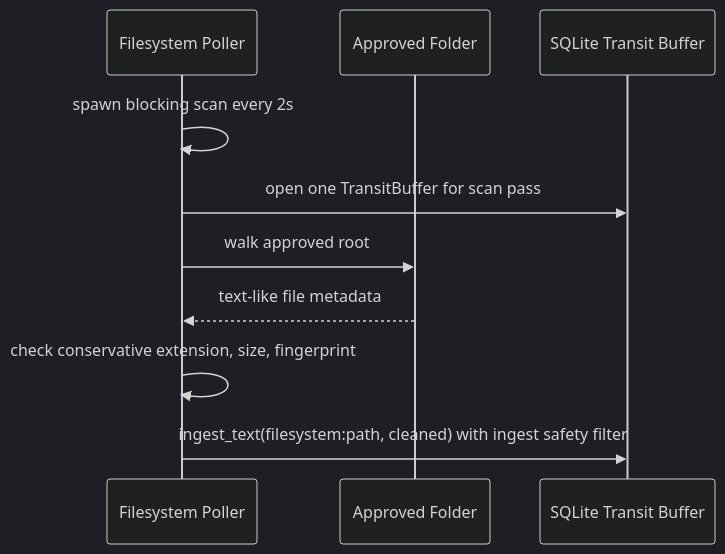
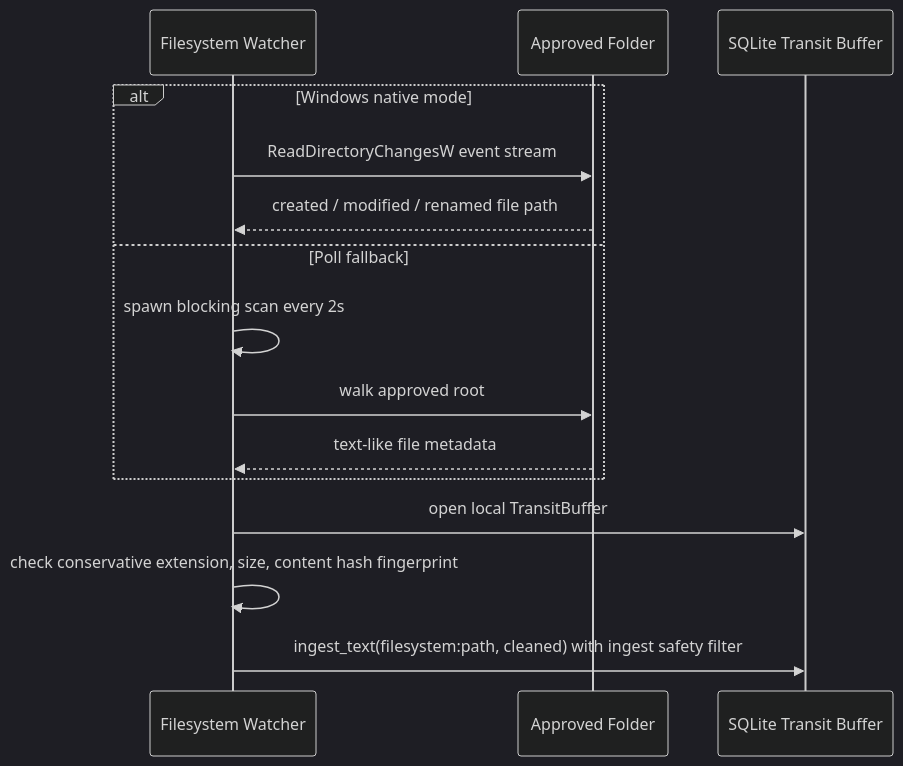
One commit to FiNdAlMkSkInDaL/Identity changed the sixth of 15 diagrams in docs/system-map.md. Above: the diagram before and after it, drawn with Mermaid (dark theme). The commit also changed other lines of this file and 32 other files, not shown here.

````diff
--- a/docs/system-map.md
+++ b/docs/system-map.md
@@ -217,13 +257,18 @@
 ```mermaid
 sequenceDiagram
-    participant Poller as Filesystem Poller
+    participant Watcher as Filesystem Watcher
     participant FS as Approved Folder
     participant Transit as SQLite Transit Buffer
 
-    Poller->>Poller: spawn blocking scan every 2s
-    Poller->>Transit: open one TransitBuffer for scan pass
-    Poller->>FS: walk approved root
-    FS-->>Poller: text-like file metadata
-    Poller->>Poller: check conservative extension, size, fingerprint
-    Poller->>Transit: ingest_text(filesystem:path, cleaned) with ingest safety filter
+    alt Windows native mode
+        Watcher->>FS: ReadDirectoryChangesW event stream
+        FS-->>Watcher: created / modified / renamed file path
+    else Poll fallback
+        Watcher->>Watcher: spawn blocking scan every 2s
+        Watcher->>FS: walk approved root
+        FS-->>Watcher: text-like file metadata
+    end
+    Watcher->>Transit: open local TransitBuffer
+    Watcher->>Watcher: check conservative extension, size, content hash fingerprint
+    Watcher->>Transit: ingest_text(filesystem:path, cleaned) with ingest safety filter
 ```
````
